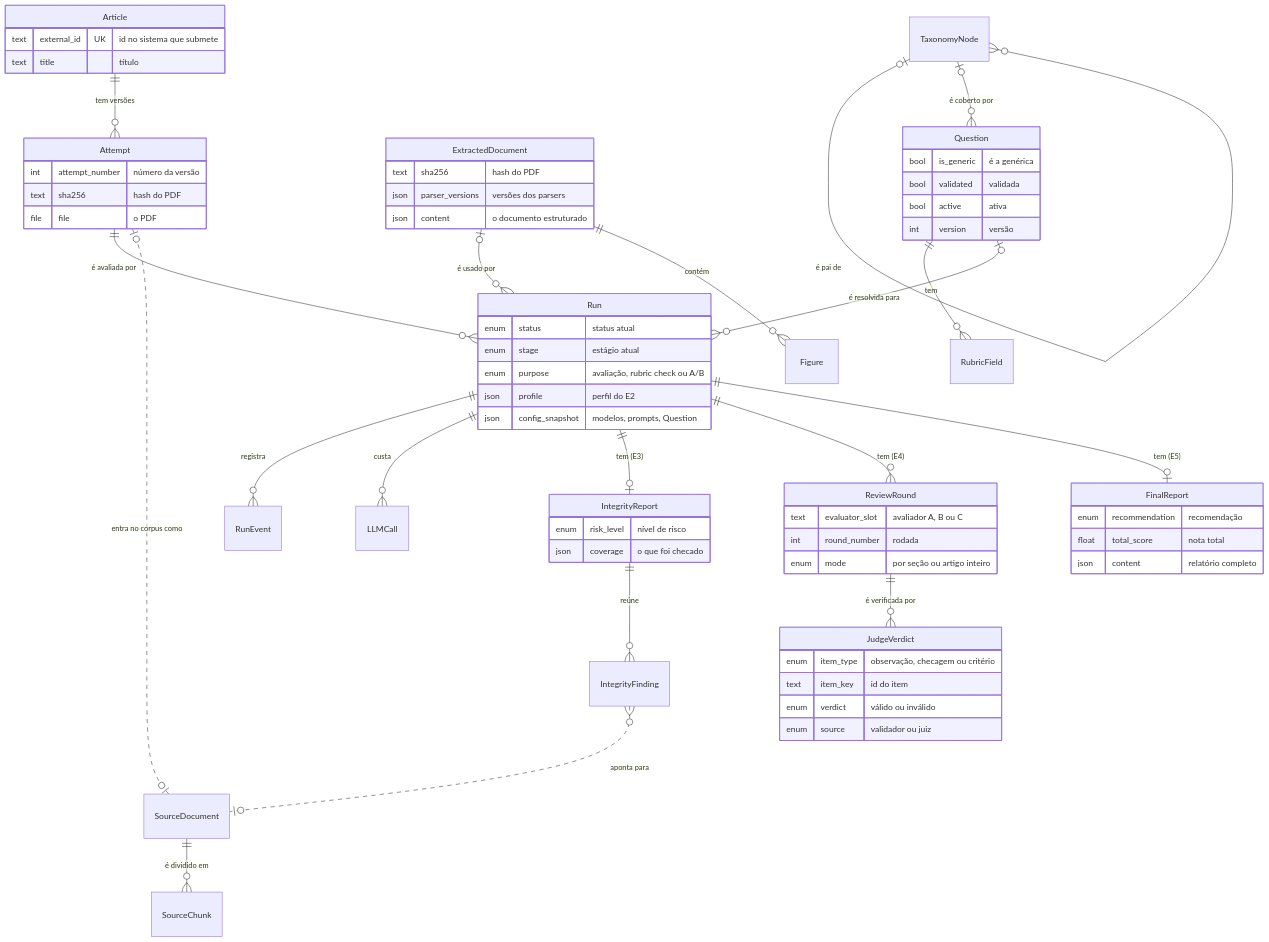
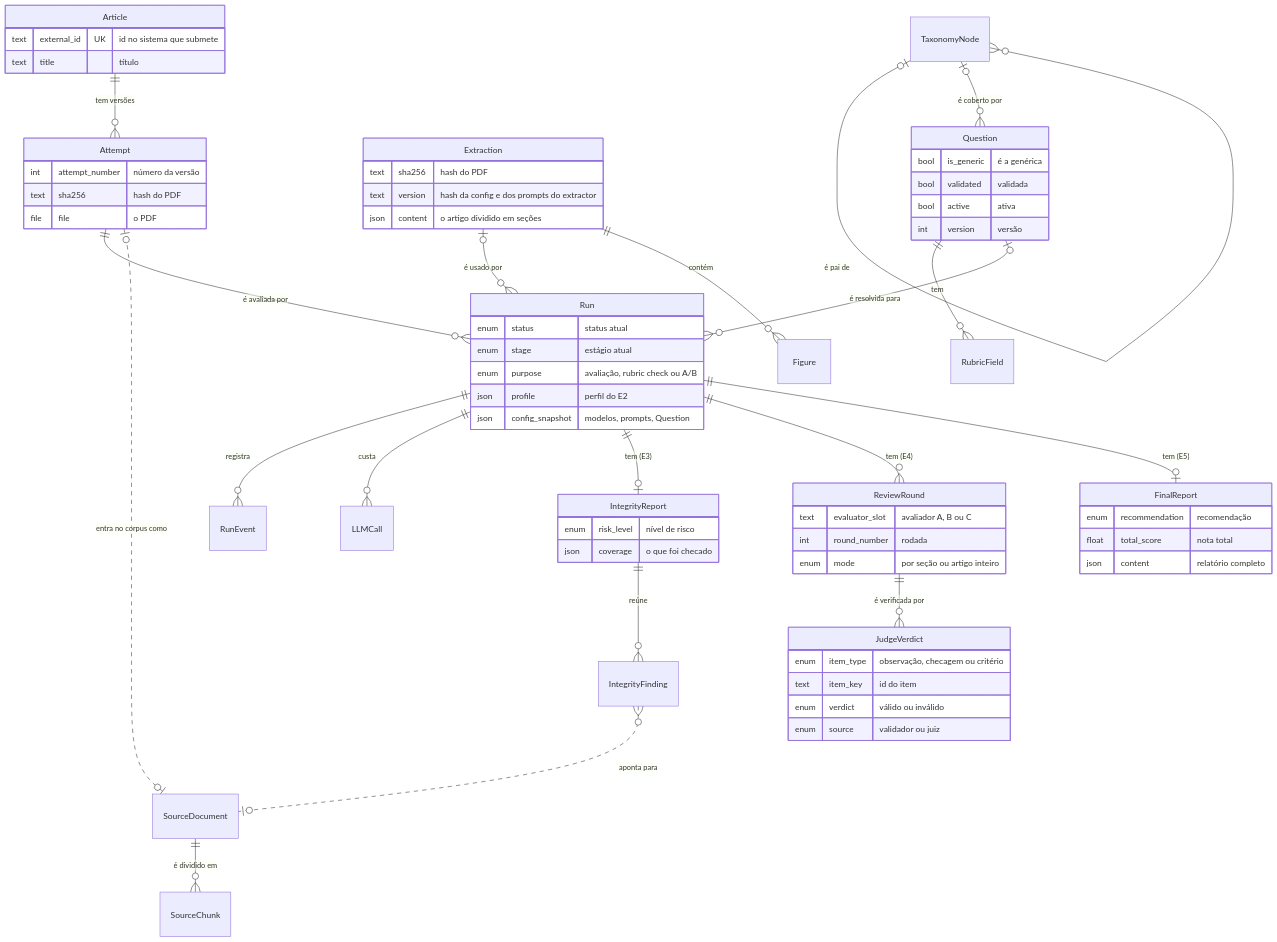
One commit to iarinhasz/metis_system changed the first of 10 diagrams in docs/flow_graph.md. Above: the diagram before and after it, drawn with Mermaid. The commit also changed other lines of this file and 76 other files, not shown here.

````diff
--- a/docs/flow_graph.md
+++ b/docs/flow_graph.md
@@ -47,69 +47,69 @@
 ```mermaid
 erDiagram
     Article ||--o{ Attempt : "tem versões"
     Attempt ||--o{ Run : "é avaliada por"
     Run ||--o{ RunEvent : "registra"
     Run ||--o{ LLMCall : "custa"
-    ExtractedDocument |o--o{ Run : "é usado por"
-    ExtractedDocument ||--o{ Figure : "contém"
+    Extraction |o--o{ Run : "é usado por"
+    Extraction ||--o{ Figure : "contém"
     TaxonomyNode |o--o{ TaxonomyNode : "é pai de"
     TaxonomyNode |o--o{ Question : "é coberto por"
     Question ||--o{ RubricField : "tem"
     Question |o--o{ Run : "é resolvida para"
     Run ||--o| IntegrityReport : "tem (E3)"
     IntegrityReport ||--o{ IntegrityFinding : "reúne"
     IntegrityFinding }o..o| SourceDocument : "aponta para"
     SourceDocument ||--o{ SourceChunk : "é dividido em"
     Attempt |o..o| SourceDocument : "entra no corpus como"
     Run ||--o{ ReviewRound : "tem (E4)"
     ReviewRound ||--o{ JudgeVerdict : "é verificada por"
     Run ||--o| FinalReport : "tem (E5)"
 
     Article {
         text external_id UK "id no sistema que submete"
         text title "título"
     }
     Attempt {
         int attempt_number "número da versão"
         text sha256 "hash do PDF"
         file file "o PDF"
     }
     Run {
         enum status "status atual"
         enum stage "estágio atual"
         enum purpose "avaliação, rubric check ou A/B"
         json profile "perfil do E2"
         json config_snapshot "modelos, prompts, Question"
     }
-    ExtractedDocument {
+    Extraction {
         text sha256 "hash do PDF"
-        json parser_versions "versões dos parsers"
-        json content "o documento estruturado"
+        text version "hash da config e dos prompts do extractor"
+        json content "o artigo dividido em seções"
     }
     Question {
         bool is_generic "é a genérica"
         bool validated "validada"
         bool active "ativa"
         int version "versão"
     }
     IntegrityReport {
         enum risk_level "nível de risco"
         json coverage "o que foi checado"
     }
     ReviewRound {
         text evaluator_slot "avaliador A, B ou C"
         int round_number "rodada"
         enum mode "por seção ou artigo inteiro"
     }
     JudgeVerdict {
         enum item_type "observação, checagem ou critério"
         text item_key "id do item"
         enum verdict "válido ou inválido"
         enum source "validador ou juiz"
     }
     FinalReport {
         enum recommendation "recomendação"
         float total_score "nota total"
         json content "relatório completo"
     }
 ```
````
